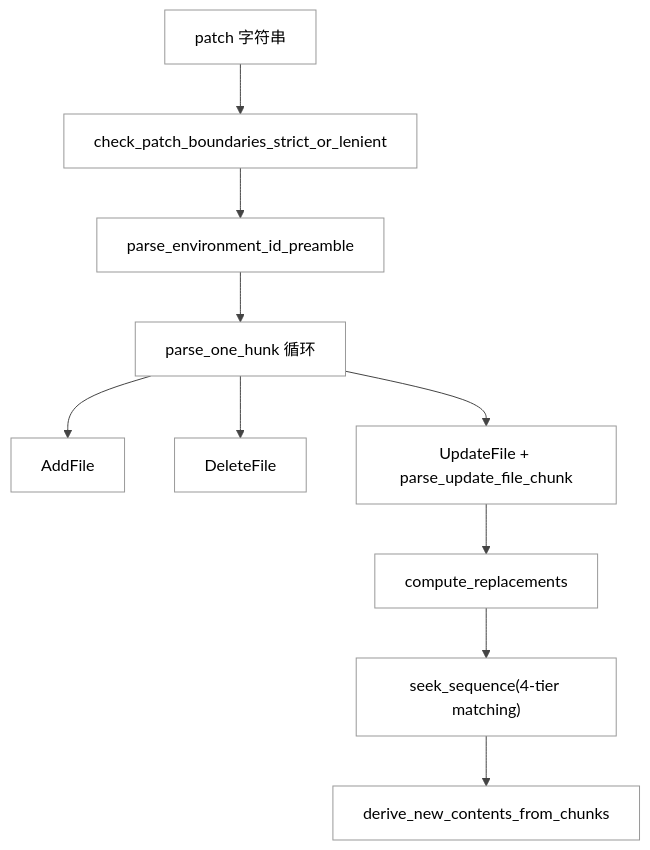
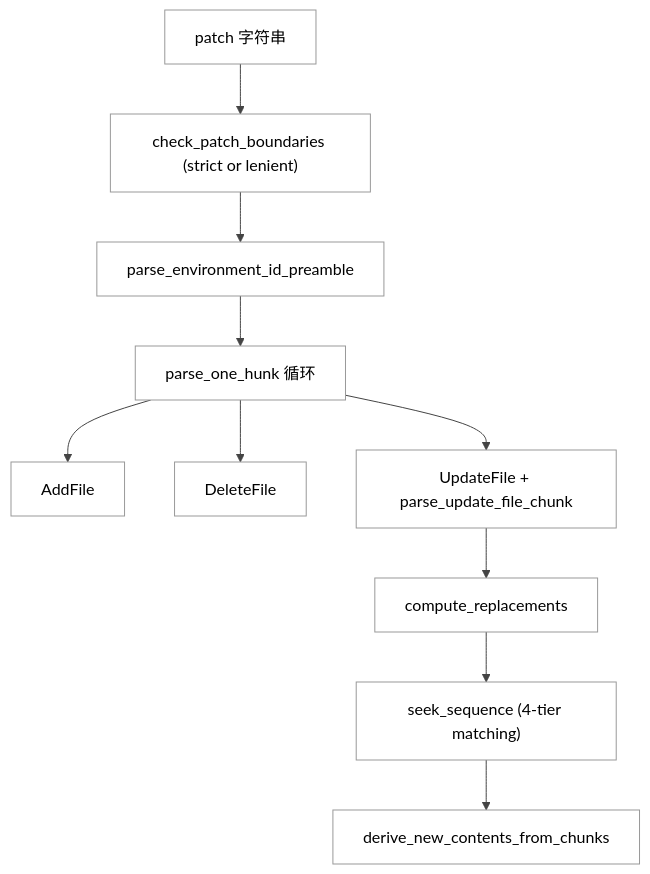
One commit to GLBB/codex-source-analysis changed the second of 5 diagrams in Part II Source Analysis/11-apply_patch工具.md. Above: the diagram before and after it, drawn with Mermaid. The commit also changed other lines of this file and 12 other files, not shown here.

````diff
--- a/Part II Source Analysis/11-apply_patch工具.md
+++ b/Part II Source Analysis/11-apply_patch工具.md
@@ -246,13 +388,13 @@
 ```mermaid
 %%{init: {"theme":"neutral","themeCSS":"svg { background: #ffffff !important; }","themeVariables":{"background":"#ffffff","mainBkg":"#ffffff","lineColor":"#444444","textColor":"#000000","primaryTextColor":"#000000","fontFamily":"Helvetica"}}}%%
 flowchart TD
-    InPatch["patch 字符串"] --> Boundary["check_patch_boundaries_strict_or_lenient"]
+    InPatch["patch 字符串"] --> Boundary["check_patch_boundaries (strict or lenient)"]
     Boundary --> Env["parse_environment_id_preamble"]
     Env --> Loop["parse_one_hunk 循环"]
     Loop --> Add["AddFile"]
     Loop --> Del["DeleteFile"]
     Loop --> Upd["UpdateFile + parse_update_file_chunk"]
     Upd --> Repl["compute_replacements"]
-    Repl --> Seek["seek_sequence(4-tier matching)"]
+    Repl --> Seek["seek_sequence (4-tier matching)"]
     Seek --> NewText["derive_new_contents_from_chunks"]
 ```
````
